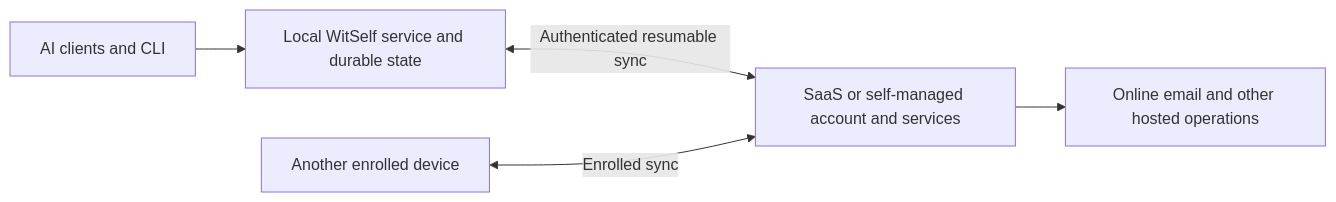
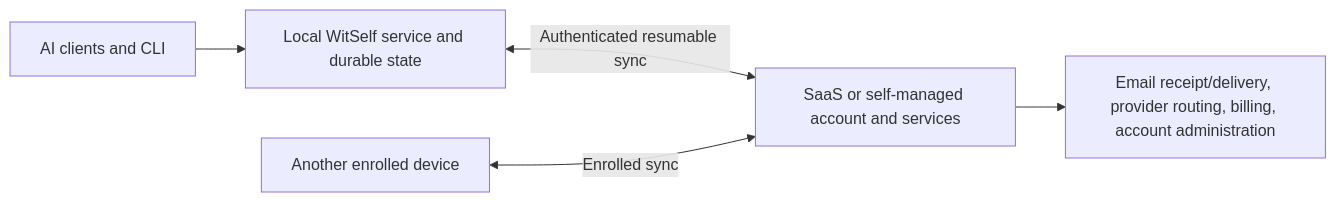
The diagram in docs/research/local-cell/local-first-mode.md (witwave-ai/witself), drawn with Mermaid before and after one commit. The commit also changed other lines of this file and 4 other files, not shown here.

````diff
--- a/docs/research/local-cell/local-first-mode.md
+++ b/docs/research/local-cell/local-first-mode.md
@@ -167,7 +168,7 @@
 ```mermaid
 flowchart LR
     A[AI clients and CLI] --> L[Local WitSelf service and durable state]
     L <-->|Authenticated resumable sync| C[SaaS or self-managed account and services]
     B[Another enrolled device] <-->|Enrolled sync| C
-    C --> E[Online email and other hosted operations]
+    C --> E[Email receipt/delivery, provider routing, billing, account administration]
 ```
````
